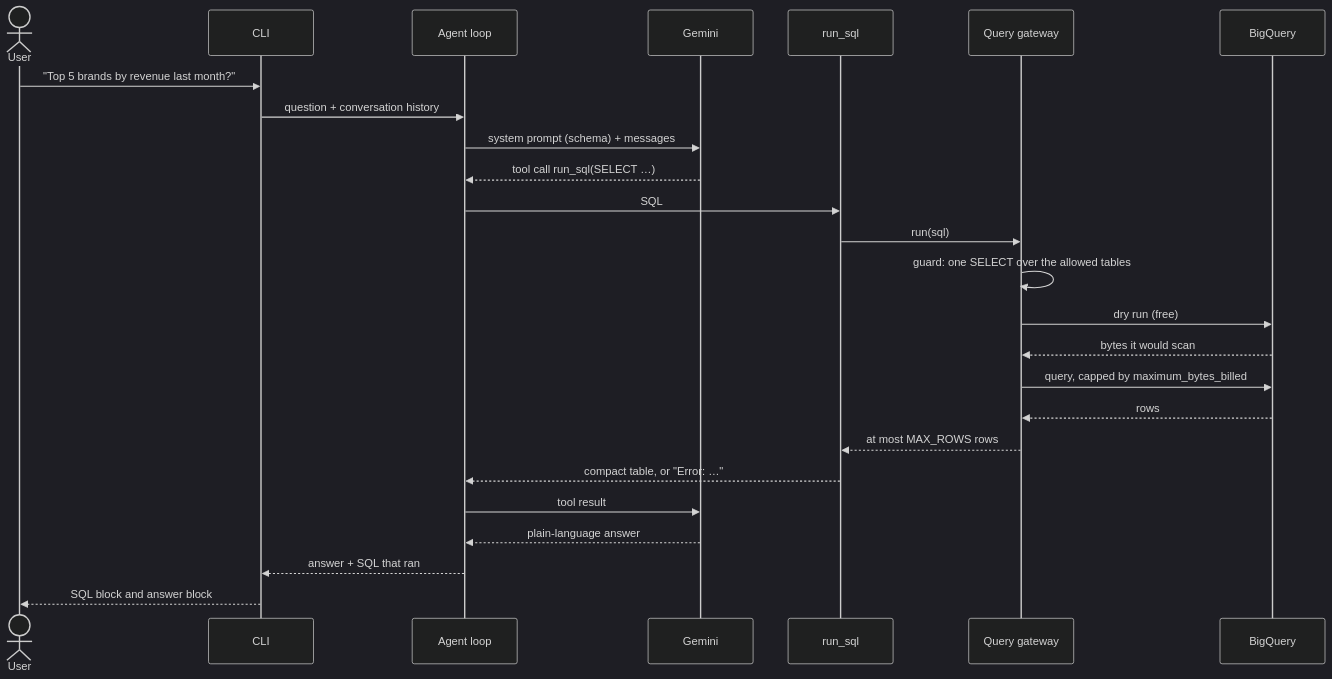
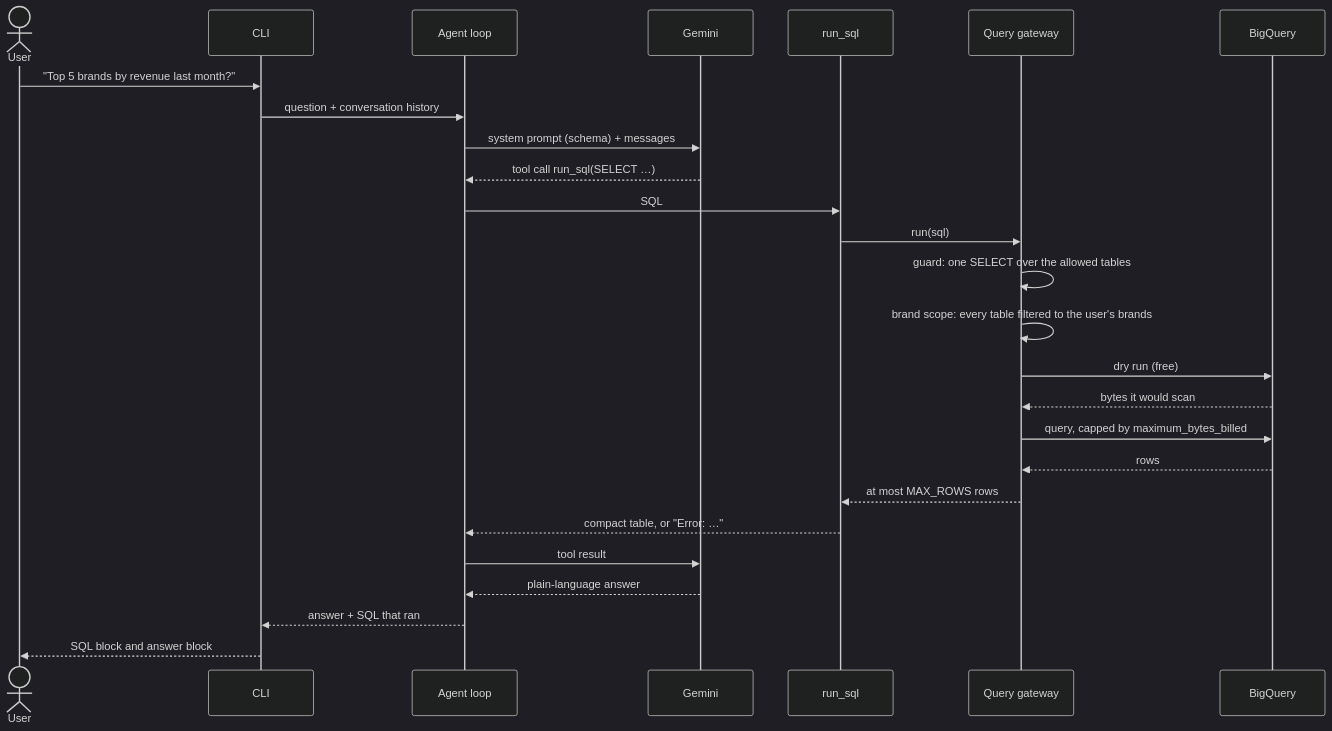
The second of 2 diagrams in docs/hld.md (AmanzholDaribay/retail-data-agent), drawn with Mermaid (dark theme) before and after one commit. The commit also changed other lines of this file and 4 other files, not shown here.

First line of the commit message:
Explain brand scoping, and bring the docs up to date with --user and the brand scope

````diff
--- a/docs/hld.md
+++ b/docs/hld.md
@@ -69,28 +69,29 @@
 ```mermaid
 sequenceDiagram
     actor U as User
     participant C as CLI
     participant A as Agent loop
     participant M as Gemini
     participant T as run_sql
     participant G as Query gateway
     participant B as BigQuery
 
     U->>C: "Top 5 brands by revenue last month?"
     C->>A: question + conversation history
     A->>M: system prompt (schema) + messages
     M-->>A: tool call run_sql(SELECT …)
     A->>T: SQL
     T->>G: run(sql)
     G->>G: guard: one SELECT over the allowed tables
+    G->>G: brand scope: every table filtered to the user's brands
     G->>B: dry run (free)
     B-->>G: bytes it would scan
     G->>B: query, capped by maximum_bytes_billed
     B-->>G: rows
     G-->>T: at most MAX_ROWS rows
     T-->>A: compact table, or "Error: …"
     A->>M: tool result
     M-->>A: plain-language answer
     A-->>C: answer + SQL that ran
     C-->>U: SQL block and answer block
 ```
````
